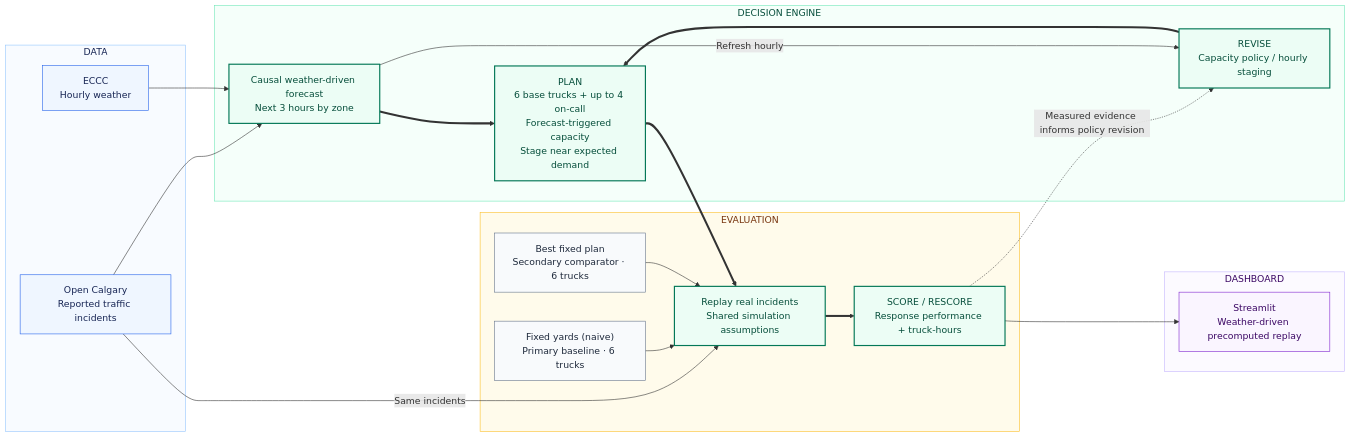
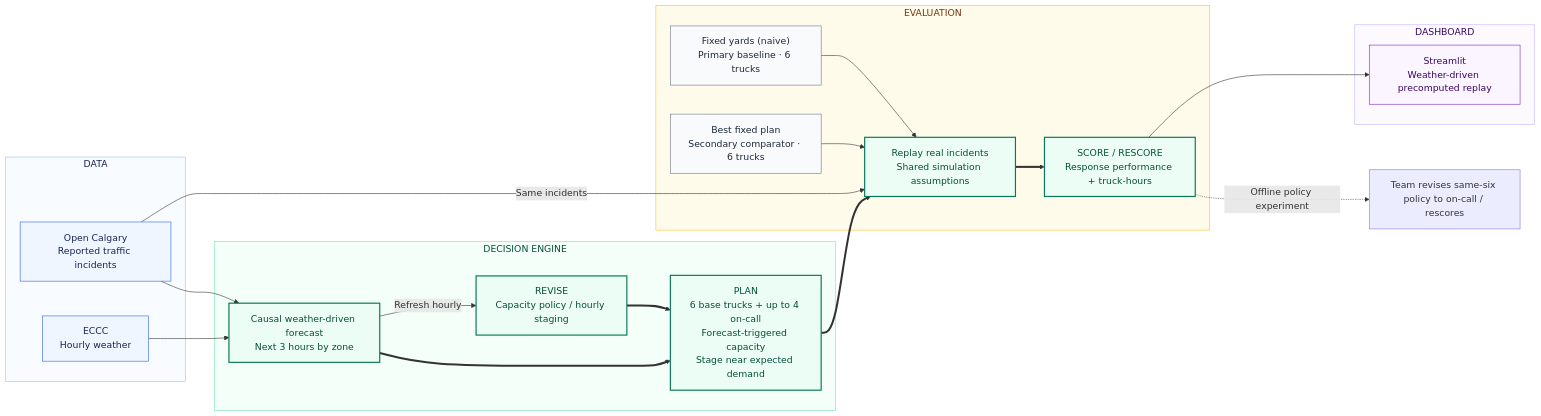
Before and after one commit to Drakooz/Stormstage: the diagram in docs/architecture-visual.md, drawn with Mermaid. The commit also changed 8 other files, not shown here.

Commit message:
Align demo, architecture, and submission docs with the final dashboard

````diff
--- a/docs/architecture-visual.md
+++ b/docs/architecture-visual.md
@@ -5,51 +5,51 @@
 ```mermaid
 %% Integrated source a: causal weather-driven forecast and saved replay evidence.
 flowchart LR
     subgraph DATA["DATA"]
         I["Open Calgary<br/>Reported traffic incidents"]
         W["ECCC<br/>Hourly weather"]
     end
 
     subgraph ENGINE["DECISION ENGINE"]
         F["Causal weather-driven forecast<br/>Next 3 hours by zone"]
         P["PLAN<br/>6 base trucks + up to 4 on-call<br/>Forecast-triggered capacity<br/>Stage near expected demand"]
         V["REVISE<br/>Capacity policy / hourly staging"]
     end
 
     subgraph EVAL["EVALUATION"]
         B1["Fixed yards (naive)<br/>Primary baseline · 6 trucks"]
         B2["Best fixed plan<br/>Secondary comparator · 6 trucks"]
         R["Replay real incidents<br/>Shared simulation assumptions"]
         S["SCORE / RESCORE<br/>Response performance + truck-hours"]
     end
 
     subgraph DASH["DASHBOARD"]
         D["Streamlit<br/>Weather-driven precomputed replay"]
     end
 
     I --> F
     W --> F
     F ==> P
     P ==> R
     I -->|Same incidents| R
     B1 --> R
     B2 --> R
     R ==> S
-    S -.->|Measured evidence informs policy revision| V
+    S -.->|Offline policy experiment| E["Team revises same-six policy to on-call / rescores"]
     F -->|Refresh hourly| V
     V ==> P
     S --> D
 
     classDef data fill:#eff6ff,stroke:#2563eb,color:#172554
     classDef loop fill:#ecfdf5,stroke:#047857,color:#064e3b,stroke-width:2px
     classDef baseline fill:#f8fafc,stroke:#64748b,color:#1e293b
     classDef dashboard fill:#faf5ff,stroke:#7e22ce,color:#3b0764
     class I,W data
     class F,P,V,R,S loop
     class B1,B2 baseline
     class D dashboard
     style DATA fill:#f8fbff,stroke:#93c5fd,color:#172554
     style ENGINE fill:#f5fffa,stroke:#6ee7b7,color:#064e3b
     style EVAL fill:#fffbeb,stroke:#fbbf24,color:#78350f
     style DASH fill:#fcfaff,stroke:#c4b5fd,color:#3b0764
 ```
````
